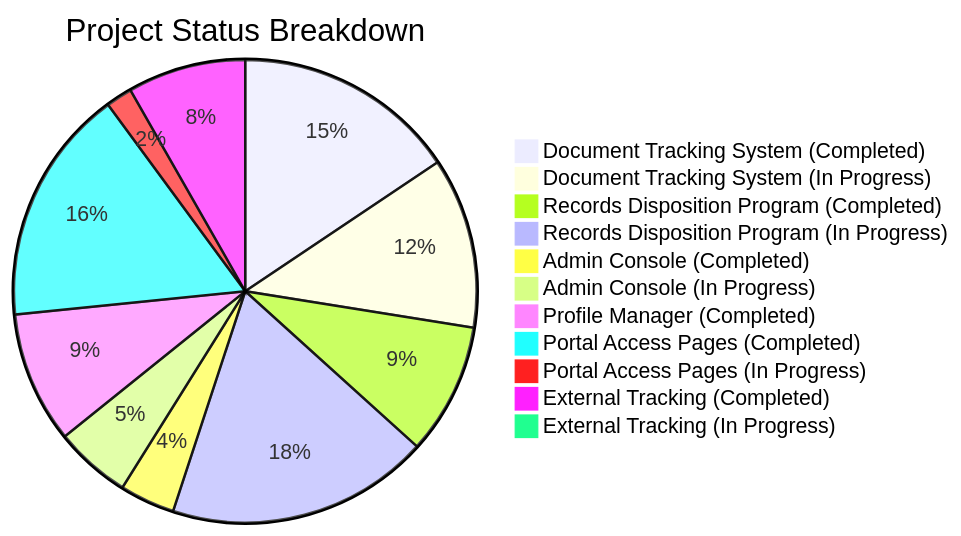
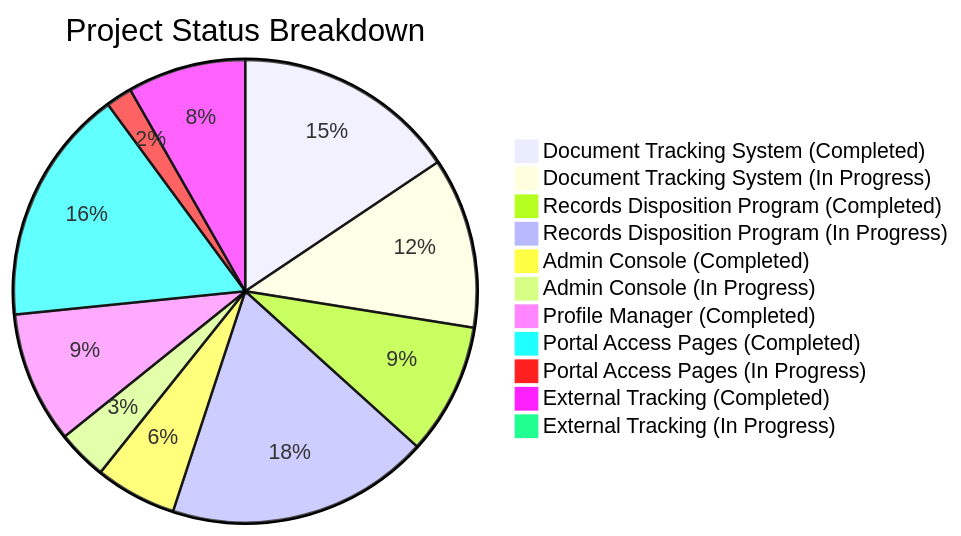
One commit to AMEN-ProgCorps/RMS-CSPC changed the first of 2 diagrams in README.md. Above: the diagram before and after it, drawn with Mermaid. The commit also changed other lines of this file and 10 other files, not shown here.

First line of the commit message:
Add text-file import for offices & flows

````diff
--- a/README.md
+++ b/README.md
@@ -98,14 +98,14 @@
 ```mermaid
 pie title Project Status Breakdown
     "Document Tracking System (Completed)" : 17
     "Document Tracking System (In Progress)" : 13
     "Records Disposition Program (Completed)" : 10
     "Records Disposition Program (In Progress)" : 20
-    "Admin Console (Completed)" : 4.2
-    "Admin Console (In Progress)" : 5.8
+    "Admin Console (Completed)" : 6.2
+    "Admin Console (In Progress)" : 3.8
     "Profile Manager (Completed)" : 10
     "Portal Access Pages (Completed)" : 18
     "Portal Access Pages (In Progress)" : 2
     "External Tracking (Completed)" : 9
     "External Tracking (In Progress)" : 1
 ```
````
